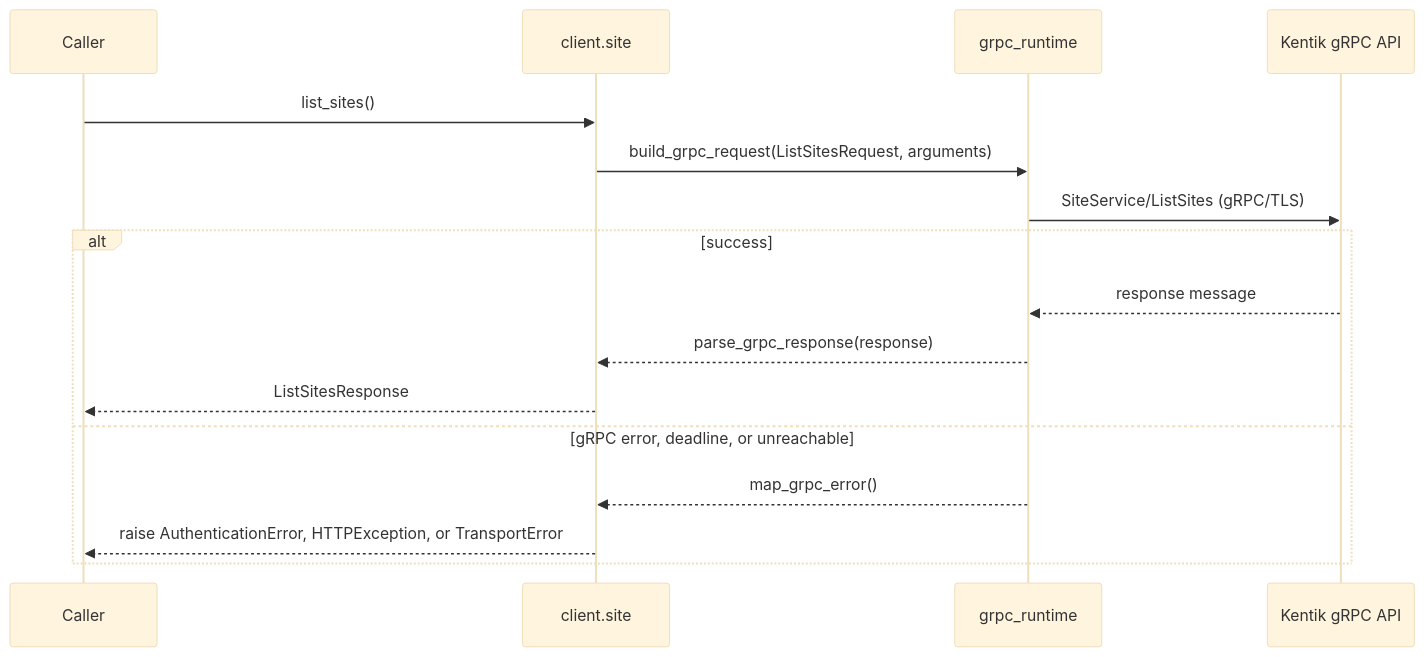
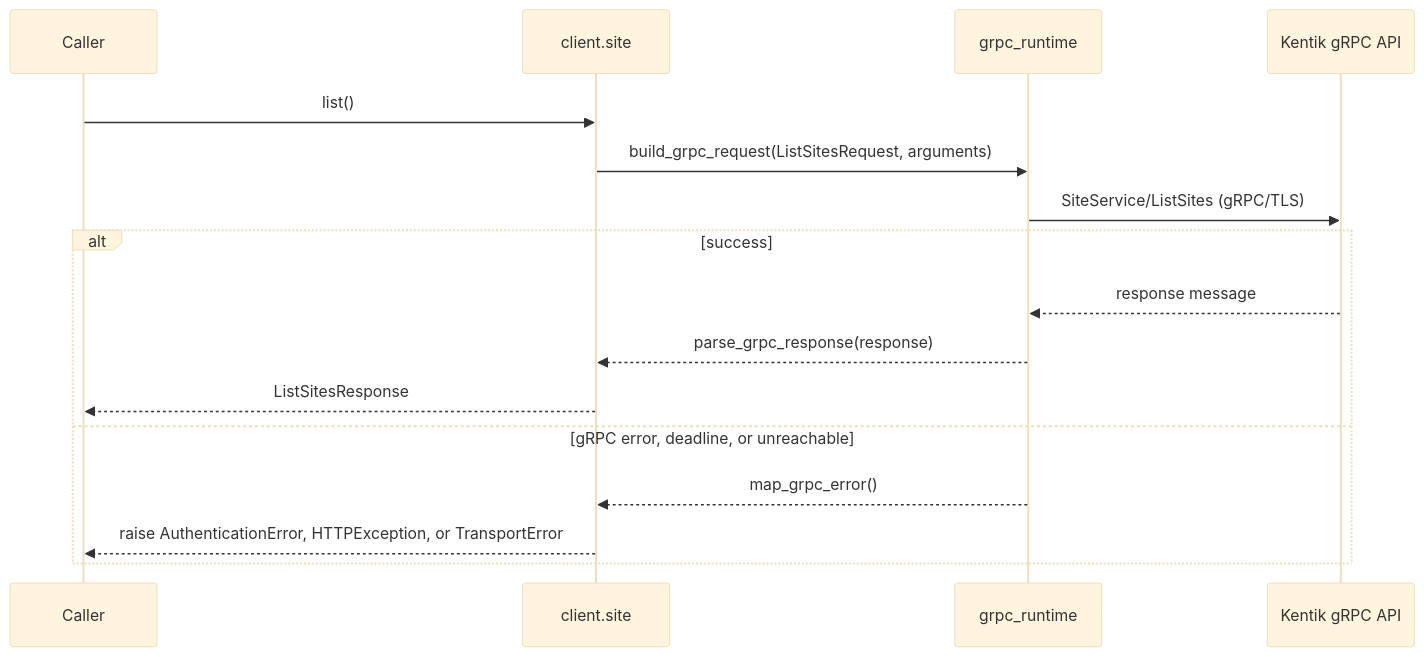
Diagram 13 of 22 in docs/sphinx/services/site.md (alexdearaujo/community_sdk_python), drawn with Mermaid (base theme) before and after one commit. The commit also changed other lines of this file and 119 other files, not shown here.

````diff
--- a/docs/sphinx/services/site.md
+++ b/docs/sphinx/services/site.md
@@ -435,19 +435,19 @@
 ```mermaid
 sequenceDiagram
     participant C as Caller
     participant W as client.site
     participant R as grpc_runtime
     participant API as Kentik gRPC API
 
-    C->>W: list_sites()
+    C->>W: list()
     W->>R: build_grpc_request(ListSitesRequest, arguments)
     R->>API: SiteService/ListSites (gRPC/TLS)
     alt success
         API-->>R: response message
         R-->>W: parse_grpc_response(response)
         W-->>C: ListSitesResponse
     else gRPC error, deadline, or unreachable
         R-->>W: map_grpc_error()
         W-->>C: raise AuthenticationError, HTTPException, or TransportError
     end
 ```
````
